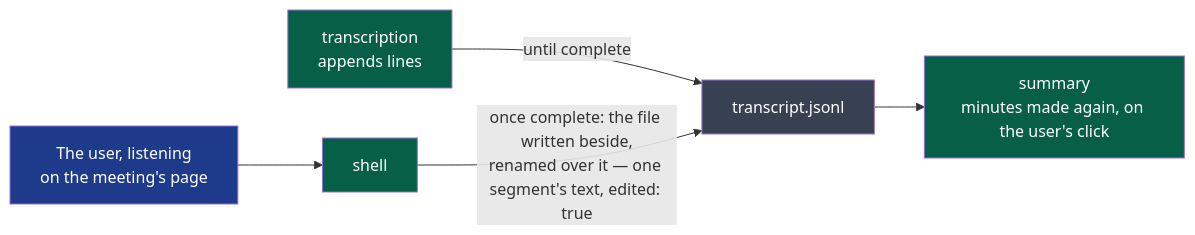
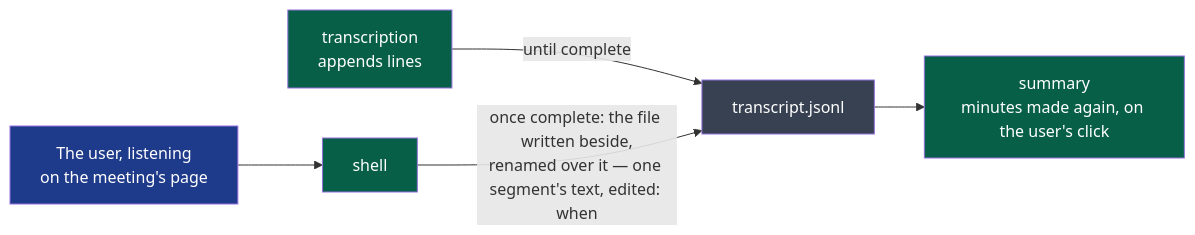
One commit to NapkinStack/wholeheard changed the diagram in docs/adr/0014-a-transcript-line-corrected-in-place-once-complete.md. Above: the diagram before and after it, drawn with Mermaid. The commit also changed other lines of this file and 2 other files, not shown here.

````diff
--- a/docs/adr/0014-a-transcript-line-corrected-in-place-once-complete.md
+++ b/docs/adr/0014-a-transcript-line-corrected-in-place-once-complete.md
@@ -15,10 +15,10 @@
 ```mermaid
 flowchart LR
     T["transcription<br/>appends lines"]:::mod -->|"until complete"| J["transcript.jsonl"]:::file
     U["The user, listening<br/>on the meeting's page"]:::user --> S["shell"]:::mod
-    S -->|"once complete: the file written beside,<br/>renamed over it — one segment's text, edited: true"| J
+    S -->|"once complete: the file written beside,<br/>renamed over it — one segment's text, edited: when"| J
     J --> M["summary<br/>minutes made again, on the user's click"]:::mod
     classDef mod fill:#065f46,color:#fff
     classDef user fill:#1e3a8a,color:#fff
     classDef file fill:#374151,color:#fff
 ```
````
